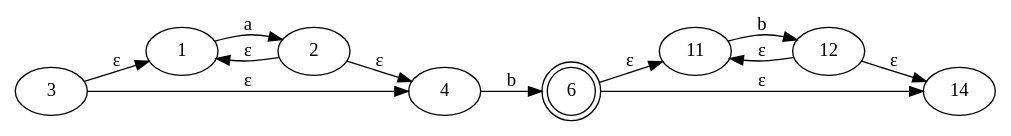
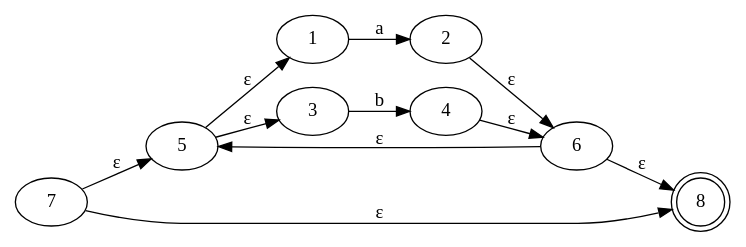
The diagram in graficas/Thompson.gv (guzmanalejandra/Compiladores-I), drawn with Graphviz before and after one commit. The commit also changed 4 other files, not shown here.

```diff
--- a/graficas/Thompson.gv
+++ b/graficas/Thompson.gv
@@ -1,22 +1,21 @@
 digraph Automata {
 	rankdir=LR
+	5 [label=5]
 	1 [label=1]
+	3 [label=3]
 	2 [label=2]
-	3 [label=3]
 	4 [label=4]
-	11 [label=11]
-	12 [label=12]
-	14 [label=14]
-	6 [label=6 shape=doublecircle]
+	6 [label=6]
+	7 [label=7]
+	8 [label=8 shape=doublecircle]
+	5 -> 1 [label="ε"]
+	5 -> 3 [label="ε"]
 	1 -> 2 [label=a]
-	3 -> 1 [label="ε"]
-	3 -> 4 [label="ε"]
-	2 -> 4 [label="ε"]
-	2 -> 1 [label="ε"]
-	11 -> 12 [label=b]
-	12 -> 14 [label="ε"]
-	12 -> 11 [label="ε"]
-	6 -> 11 [label="ε"]
-	6 -> 14 [label="ε"]
-	4 -> 6 [label=b]
+	3 -> 4 [label=b]
+	2 -> 6 [label="ε"]
+	4 -> 6 [label="ε"]
+	7 -> 5 [label="ε"]
+	7 -> 8 [label="ε"]
+	6 -> 8 [label="ε"]
+	6 -> 5 [label="ε"]
 }
```
